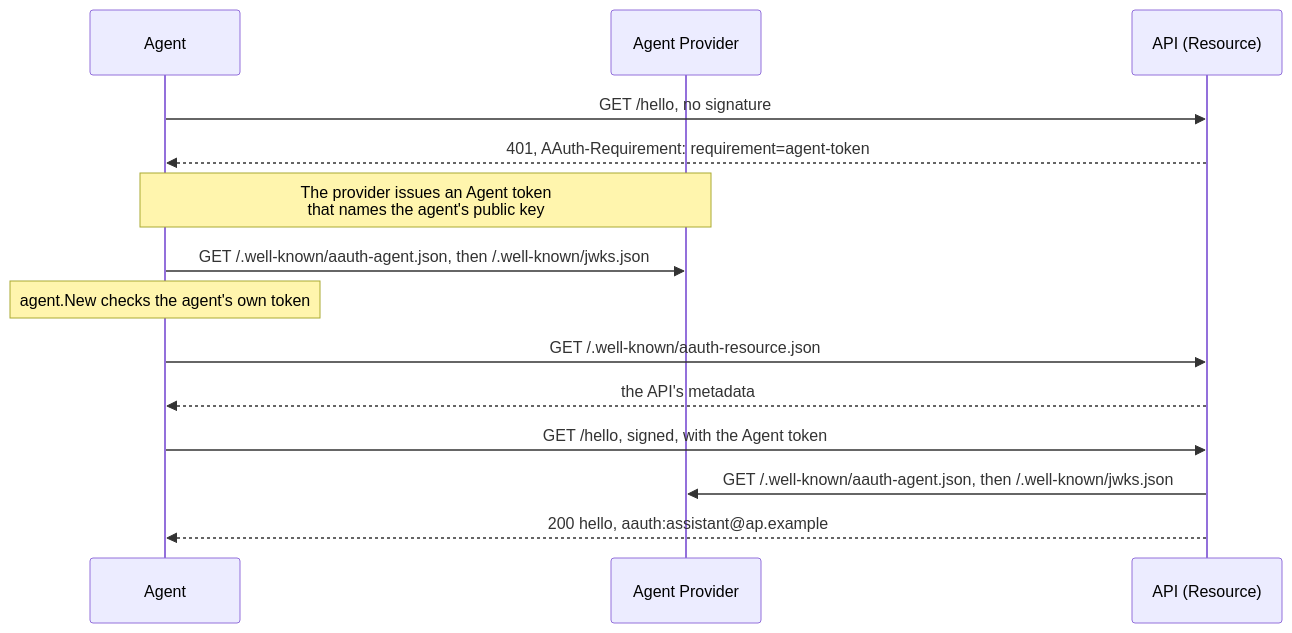
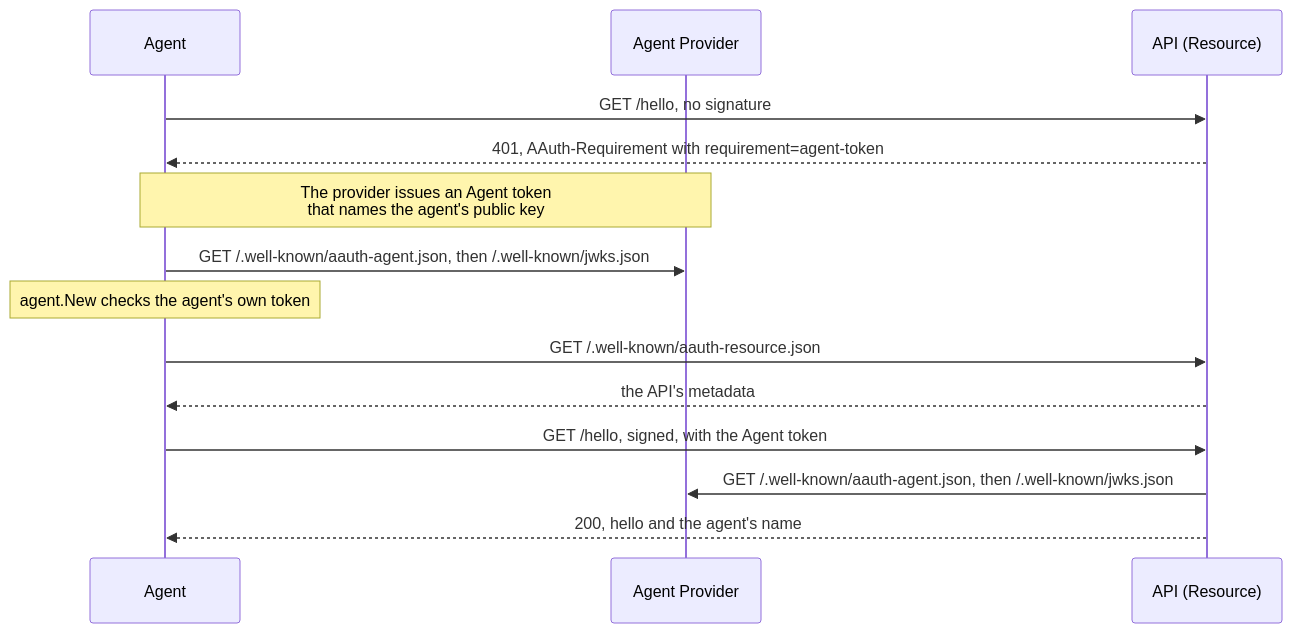
One commit to sidecat-dev/aauth-go changed the diagram in docs/getting-started.md. Above: the diagram before and after it, drawn with Mermaid. The commit also changed 14 other files, not shown here.

First line of the commit message:
docs: make every mermaid diagram render on GitLab

````diff
--- a/docs/getting-started.md
+++ b/docs/getting-started.md
@@ -76,16 +76,16 @@
 ```mermaid
 sequenceDiagram
     participant Agent
     participant AP as Agent Provider
     participant API as API (Resource)
-    Agent->>API: GET /hello, no signature
-    API-->>Agent: 401, AAuth-Requirement: requirement=agent-token
-    Note over Agent,AP: The provider issues an Agent token<br/>that names the agent's public key
-    Agent->>AP: GET /.well-known/aauth-agent.json, then /.well-known/jwks.json
-    Note over Agent: agent.New checks the agent's own token
-    Agent->>API: GET /.well-known/aauth-resource.json
-    API-->>Agent: the API's metadata
-    Agent->>API: GET /hello, signed, with the Agent token
-    API->>AP: GET /.well-known/aauth-agent.json, then /.well-known/jwks.json
-    API-->>Agent: 200 hello, aauth:assistant@ap.example
+    Agent->>API : GET /hello, no signature
+    API-->>Agent : 401, AAuth-Requirement with requirement=agent-token
+    Note over Agent,AP : The provider issues an Agent token<br/>that names the agent's public key
+    Agent->>AP : GET /.well-known/aauth-agent.json, then /.well-known/jwks.json
+    Note over Agent : agent.New checks the agent's own token
+    Agent->>API : GET /.well-known/aauth-resource.json
+    API-->>Agent : the API's metadata
+    Agent->>API : GET /hello, signed, with the Agent token
+    API->>AP : GET /.well-known/aauth-agent.json, then /.well-known/jwks.json
+    API-->>Agent : 200, hello and the agent's name
 ```
````
